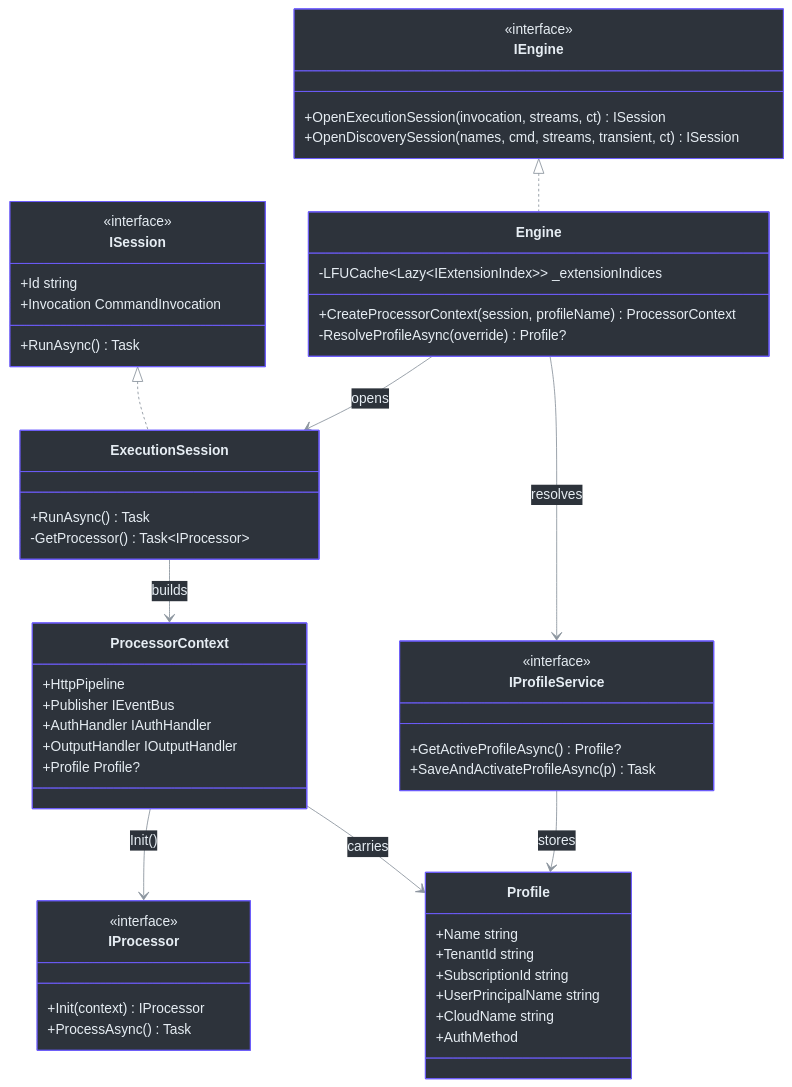
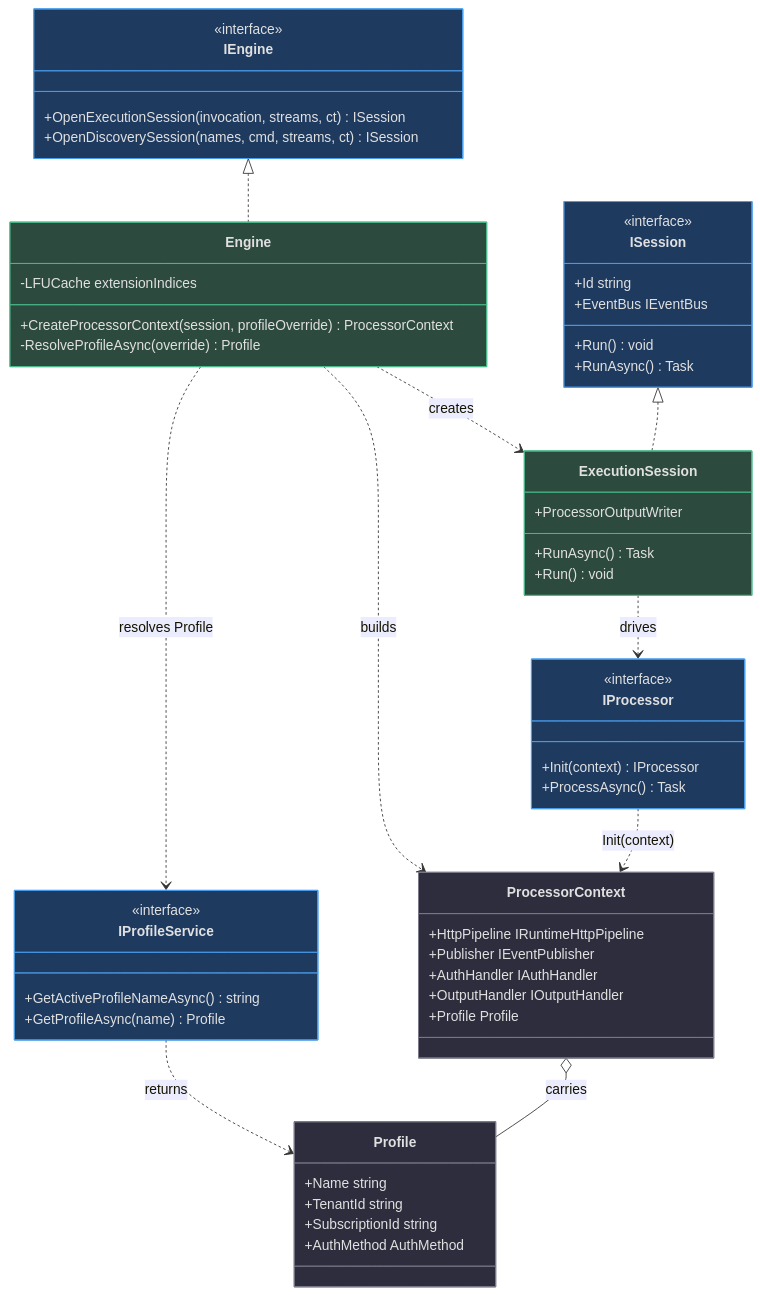
One commit to Azure/azclips changed the second of 9 diagrams in wiki/onboarding-guide.md. Above: the diagram before and after it, drawn with Mermaid. The commit also changed other lines of this file and 34 other files, not shown here.

First line of the commit message:
docs(wiki): refresh generated architecture documentation

````diff
--- a/wiki/onboarding-guide.md
+++ b/wiki/onboarding-guide.md
@@ -276,58 +198,67 @@
 ```mermaid
-%%{init: {'theme':'base','themeVariables':{'primaryColor':'#2d333b','primaryBorderColor':'#6d5dfc','primaryTextColor':'#e6edf3','lineColor':'#8b949e','clusterBkg':'#161b22','clusterBorder':'#30363d','fontFamily':'monospace'}}}%%
 classDiagram
     class IEngine {
         <<interface>>
         +OpenExecutionSession(invocation, streams, ct) ISession
-        +OpenDiscoverySession(names, cmd, streams, transient, ct) ISession
+        +OpenDiscoverySession(names, cmd, streams, ct) ISession
     }
     class Engine {
-        -LFUCache~Lazy~IExtensionIndex~~ _extensionIndices
-        +CreateProcessorContext(session, profileName) ProcessorContext
-        -ResolveProfileAsync(override) Profile?
+        -LFUCache extensionIndices
+        +CreateProcessorContext(session, profileOverride) ProcessorContext
+        -ResolveProfileAsync(override) Profile
     }
     class ISession {
         <<interface>>
         +Id string
-        +Invocation CommandInvocation
+        +EventBus IEventBus
+        +Run() void
         +RunAsync() Task
     }
     class ExecutionSession {
+        +ProcessorOutputWriter
         +RunAsync() Task
-        -GetProcessor() Task~IProcessor~
+        +Run() void
     }
     class ProcessorContext {
-        +HttpPipeline
-        +Publisher IEventBus
+        +HttpPipeline IRuntimeHttpPipeline
+        +Publisher IEventPublisher
         +AuthHandler IAuthHandler
         +OutputHandler IOutputHandler
-        +Profile Profile?
+        +Profile Profile
     }
     class IProcessor {
         <<interface>>
         +Init(context) IProcessor
         +ProcessAsync() Task
     }
     class Profile {
         +Name string
         +TenantId string
         +SubscriptionId string
-        +UserPrincipalName string
-        +CloudName string
-        +AuthMethod
+        +AuthMethod AuthMethod
     }
     class IProfileService {
         <<interface>>
-        +GetActiveProfileAsync() Profile?
-        +SaveAndActivateProfileAsync(p) Task
+        +GetActiveProfileNameAsync() string
+        +GetProfileAsync(name) Profile
     }
 
     IEngine <|.. Engine
     ISession <|.. ExecutionSession
-    Engine --> ExecutionSession : opens
-    ExecutionSession --> ProcessorContext : builds
-    ProcessorContext --> IProcessor : Init()
-    ProcessorContext --> Profile : carries
-    Engine --> IProfileService : resolves
-    IProfileService --> Profile : stores
+    Engine ..> ExecutionSession : creates
+    Engine ..> ProcessorContext : builds
+    ExecutionSession ..> IProcessor : drives
+    IProcessor ..> ProcessorContext : Init(context)
+    ProcessorContext o-- Profile : carries
+    Engine ..> IProfileService : resolves Profile
+    IProfileService ..> Profile : returns
+
+    style IEngine fill:#1e3a5f,stroke:#4a9eed,color:#e0e0e0
+    style Engine fill:#2d4a3e,stroke:#4aba8a,color:#e0e0e0
+    style ISession fill:#1e3a5f,stroke:#4a9eed,color:#e0e0e0
+    style ExecutionSession fill:#2d4a3e,stroke:#4aba8a,color:#e0e0e0
+    style ProcessorContext fill:#2d2d3d,stroke:#7a7a8a,color:#e0e0e0
+    style IProcessor fill:#1e3a5f,stroke:#4a9eed,color:#e0e0e0
+    style Profile fill:#2d2d3d,stroke:#7a7a8a,color:#e0e0e0
+    style IProfileService fill:#1e3a5f,stroke:#4a9eed,color:#e0e0e0
 ```
````
